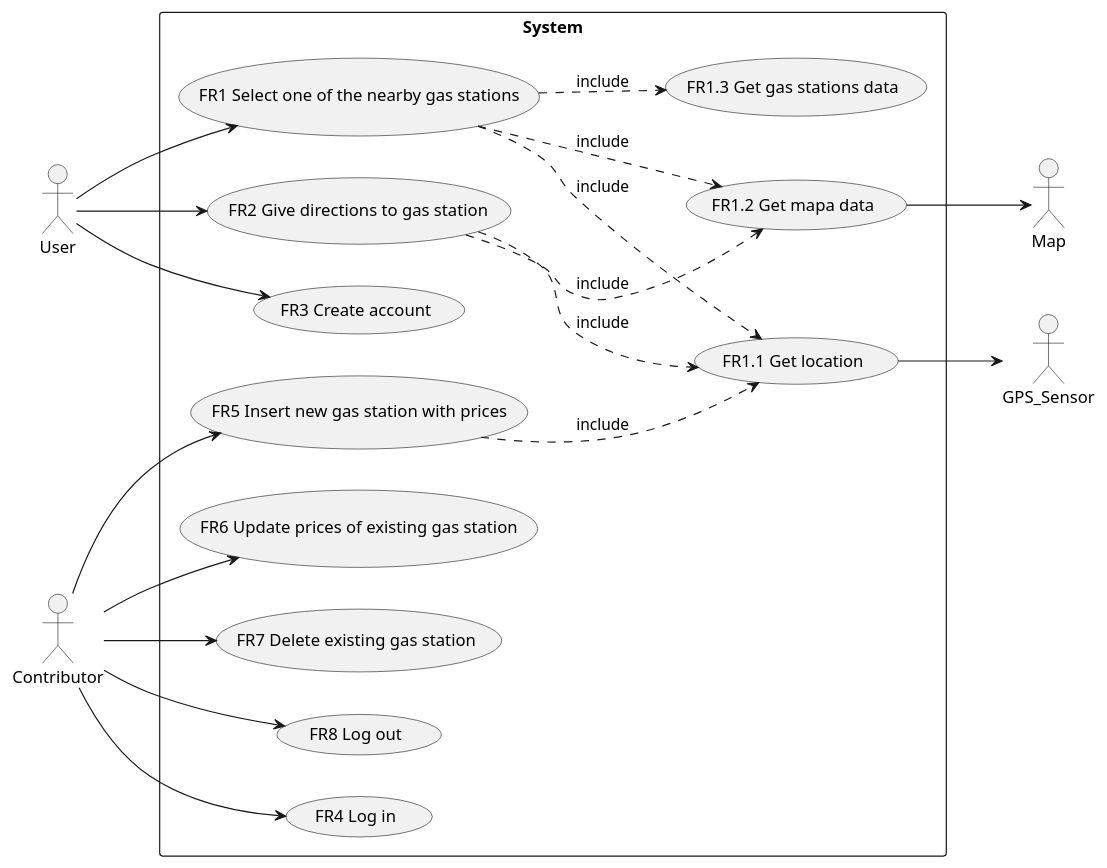
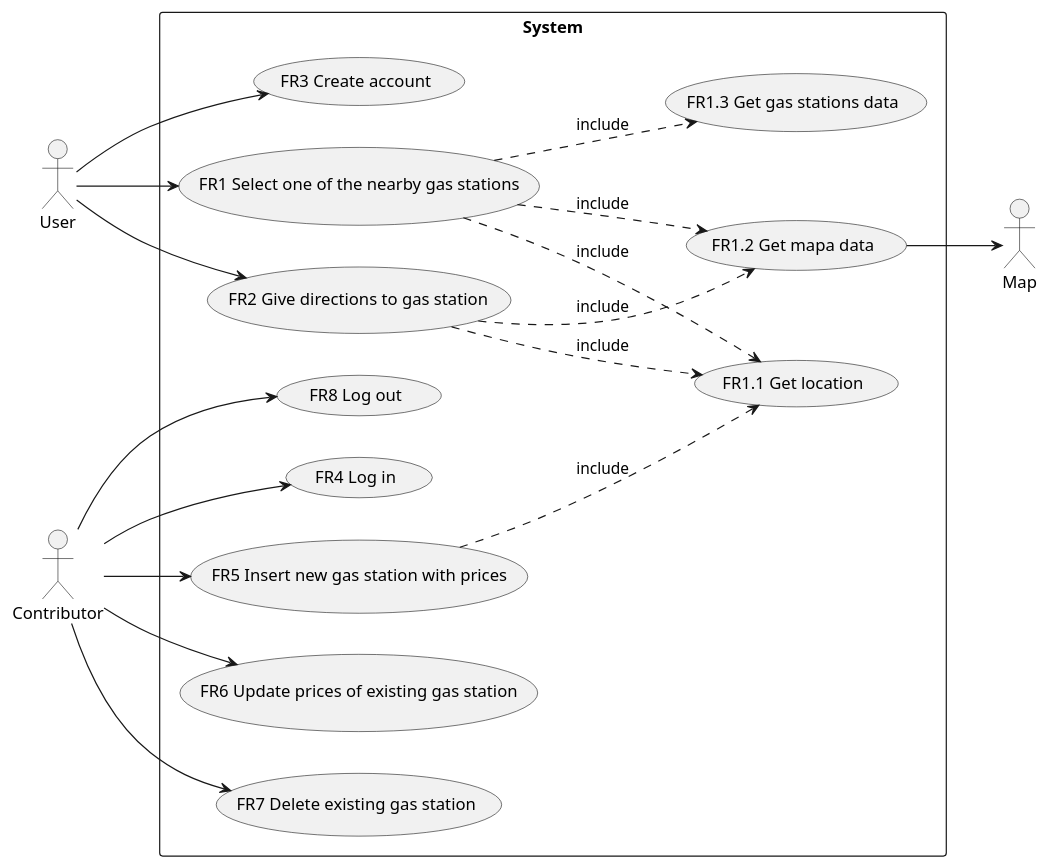
One commit to SoftengPoliTo/Lab2 changed the second of 2 diagrams in REQ_s272070.md. Above: the diagram before and after it, drawn with PlantUML. The commit also changed other lines of this file, not shown here.

Commit message:
Remove GPS_Sendor from actors list

````diff
--- a/REQ_s272070.md
+++ b/REQ_s272070.md
@@ -98,31 +97,29 @@
 ```plantuml
 @startuml
 
 left to right direction
 actor User as u
 actor Contributor as c
-actor GPS_Sensor as g
 actor Map as m
 
 
 rectangle System {
     u --> (FR1 Select one of the nearby gas stations)
     (FR1 Select one of the nearby gas stations) ..> (FR1.1 Get location) :include
     (FR1 Select one of the nearby gas stations) ..> (FR1.2 Get mapa data) :include
     (FR1 Select one of the nearby gas stations) ..> (FR1.3 Get gas stations data) :include
-    (FR1.1 Get location) --> g
     (FR1.2 Get mapa data) --> m
     u --> (FR2 Give directions to gas station)
     (FR2 Give directions to gas station) ..> (FR1.1 Get location) :include
     (FR2 Give directions to gas station)..> (FR1.2 Get mapa data) :include
     u --> (FR3 Create account)
     c --> (FR4 Log in)
     c --> (FR5 Insert new gas station with prices)
     (FR5 Insert new gas station with prices) ..> (FR1.1 Get location) :include
     c --> (FR6 Update prices of existing gas station)
     c --> (FR7 Delete existing gas station)
     c --> (FR8 Log out)
 }
 
 @enduml
 ```
````
